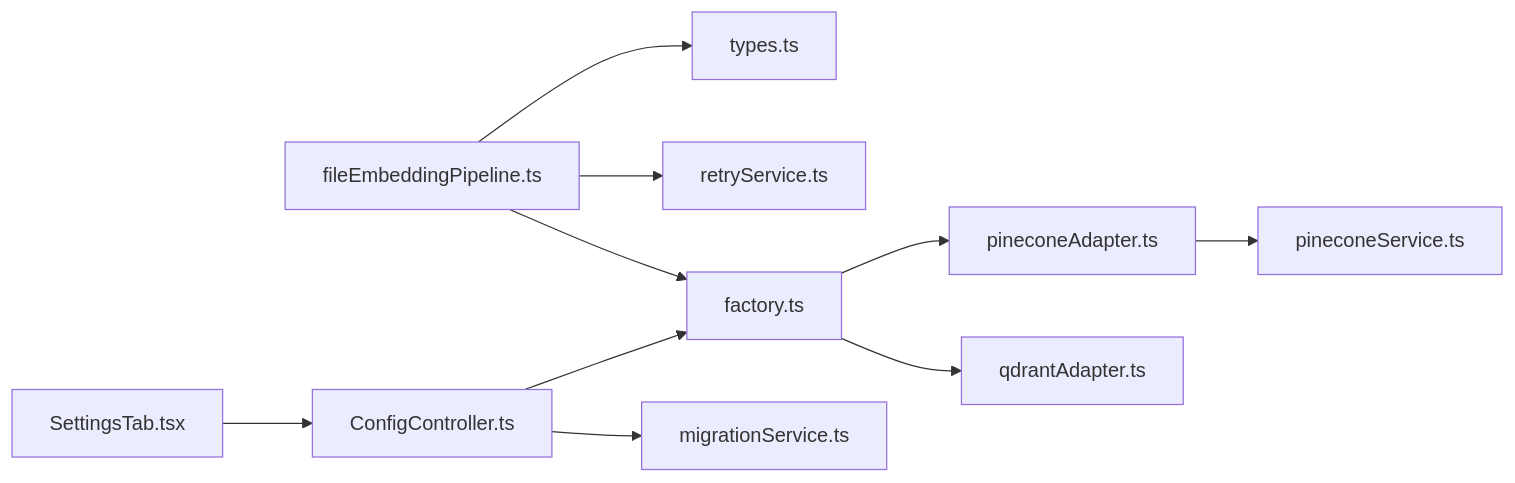
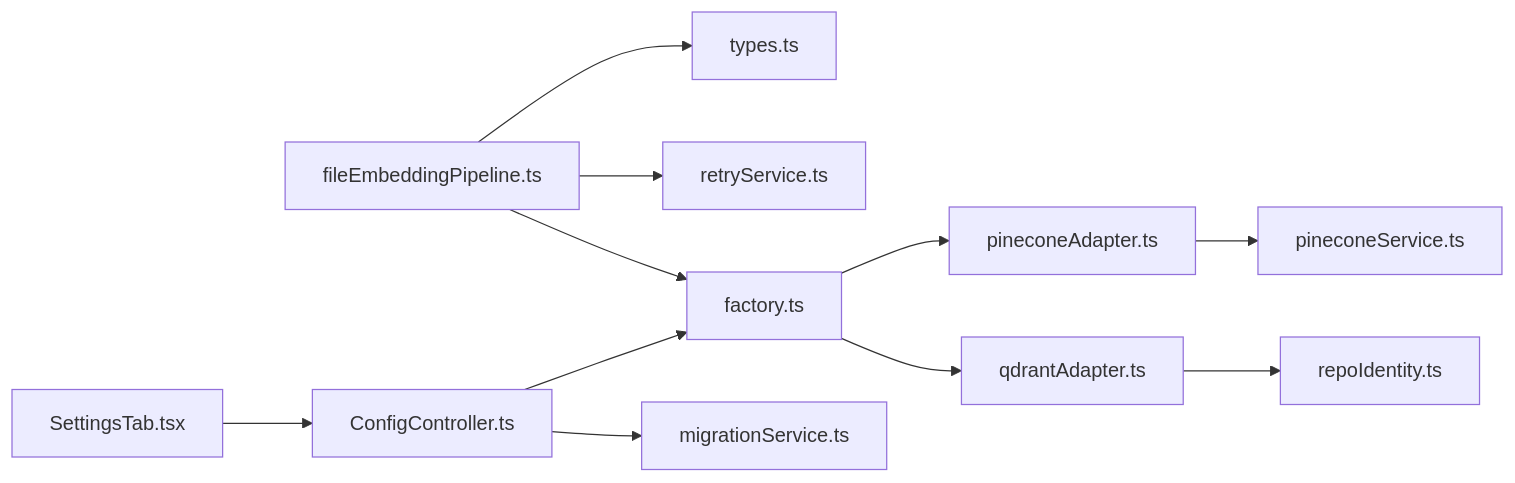
One commit to bramburn/repomix-runner changed the tenth of 10 diagrams in .qoder/repowiki/en/content/Indexing and Search System/Vector Database Adapters.md. Above: the diagram before and after it, drawn with Mermaid. The commit also changed other lines of this file and 17 other files, not shown here.

````diff
--- a/.qoder/repowiki/en/content/Indexing and Search System/Vector Database Adapters.md
+++ b/.qoder/repowiki/en/content/Indexing and Search System/Vector Database Adapters.md
@@ -348,12 +393,13 @@
 ```mermaid
 graph LR
 Pipeline["fileEmbeddingPipeline.ts"] --> Types["types.ts"]
 Pipeline --> Retry["retryService.ts"]
 Pipeline --> Factory["factory.ts"]
 Factory --> PineconeAdapter["pineconeAdapter.ts"]
 Factory --> QdrantAdapter["qdrantAdapter.ts"]
+QdrantAdapter --> RepoIdentity["repoIdentity.ts"]
 PineconeAdapter --> PineconeService["pineconeService.ts"]
 ConfigCtl["ConfigController.ts"] --> Factory
 ConfigCtl --> Migration["migrationService.ts"]
 UI["SettingsTab.tsx"] --> ConfigCtl
 ```
````
